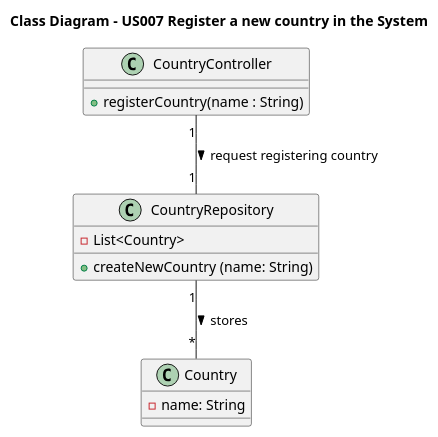
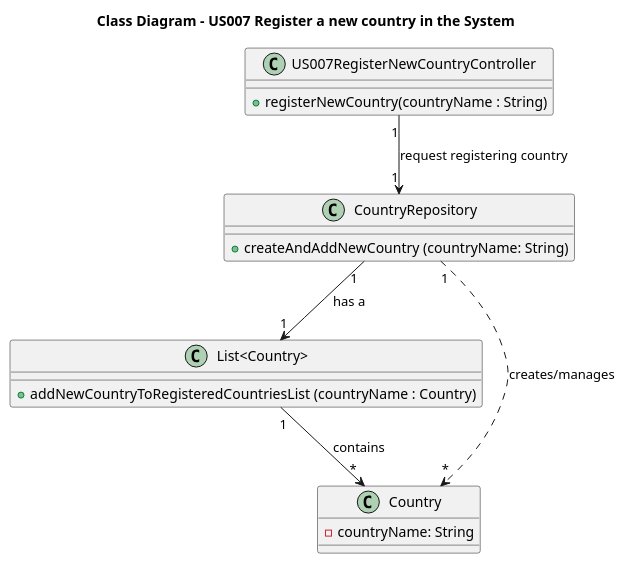
Before and after one commit to AndrePereiraGitH/SWitCH-Project-Team_A: the diagram in Diagrams/ClassDiagrams/US007-to-register-a-new-country-in-the-system.puml, drawn with PlantUML. The commit also changed 4 other files, not shown here.

```diff
--- a/Diagrams/ClassDiagrams/US007-to-register-a-new-country-in-the-system.puml
+++ b/Diagrams/ClassDiagrams/US007-to-register-a-new-country-in-the-system.puml
@@ -1,32 +1,35 @@
 @startuml
 
 title Class Diagram - US007 Register a new country in the System
 
 
 /'class User {
 -username: String
   -contact: Contact
   -profile: Profile
   +User(username: String, contact: Contact, profile: Profile)
 }
 '/
 
 class CountryRepository {
--List<Country>
-    +createNewCountry (name: String)
+    +createAndAddNewCountry (countryName: String)
     }
 
-class CountryController{
-  + registerCountry(name : String)
+class US007RegisterNewCountryController{
+  + registerNewCountry(countryName : String)
+}
+
+class "List<Country>" {
+    +addNewCountryToRegisteredCountriesList (countryName : Country)
 }
 
 class Country {
--name: String
+-countryName: String
 }
 
 ' Interactions
-CountryController "1" -- "1" CountryRepository : request registering country >
-'/CountryRepository  --  CountryRepository : manage/store
-'/User "1"--"1" CountryController : requests registration of new country >
-CountryRepository "1" -- "*" Country : stores >
+US007RegisterNewCountryController "1" --> "1" CountryRepository : request registering country
+CountryRepository "1" --> "1" "List<Country>" : has a
+"List<Country>" "1" --> "*" Country : contains
+CountryRepository "1" .--> "*" Country : creates/manages
 @enduml
```
